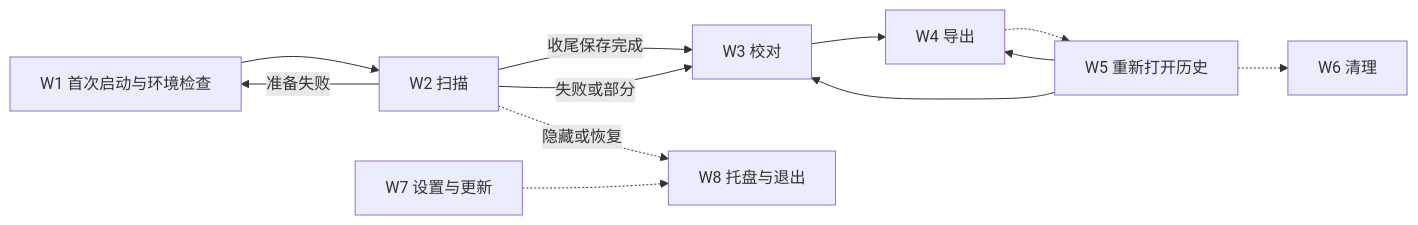
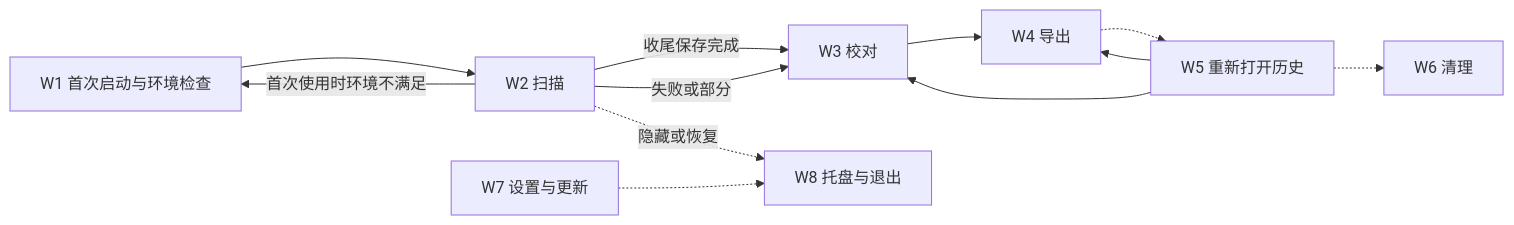
The first of 10 diagrams in docs/design/uiux-2026-11/03-journeys-windows.md (LoTwT/youkai), drawn with Mermaid before and after one commit. The commit also changed other lines of this file and 6 other files, not shown here.

````diff
--- a/docs/design/uiux-2026-11/03-journeys-windows.md
+++ b/docs/design/uiux-2026-11/03-journeys-windows.md
@@ -25,14 +25,14 @@
 ```mermaid
 flowchart LR
   W1[W1 首次启动与环境检查] --> W2[W2 扫描]
   W2 -->|收尾保存完成| W3[W3 校对]
   W2 -->|失败或部分| W3
-  W2 -->|准备失败| W1
+  W2 -->|首次使用时环境不满足| W1
   W3 --> W4[W4 导出]
   W4 -.-> W5[W5 重新打开历史]
   W5 --> W3
   W5 --> W4
   W5 -.-> W6[W6 清理]
   W7[W7 设置与更新] -.-> W8[W8 托盘与退出]
   W2 -.隐藏或恢复.-> W8
 ```
````
